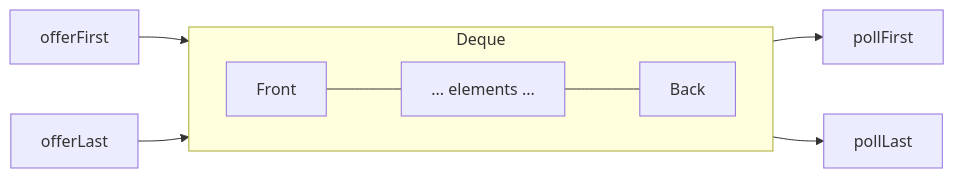
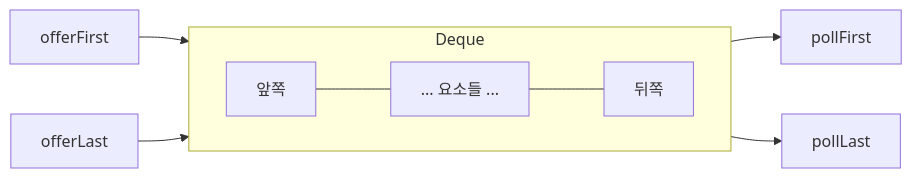
The first of 3 diagrams in _posts/algorithm/2026-03-07-deque.md (mandoobox/mandoobox.github.io), drawn with Mermaid before and after one commit. The commit also changed other lines of this file and 24 other files, not shown here.

Commit message:
feat: mermaid kr

````diff
--- a/_posts/algorithm/2026-03-07-deque.md
+++ b/_posts/algorithm/2026-03-07-deque.md
@@ -83,11 +83,11 @@
 ```mermaid
 flowchart LR
     subgraph Deque
         direction LR
-        F["Front"] --- M["... elements ..."] --- B["Back"]
+        F["앞쪽"] --- M["... 요소들 ..."] --- B["뒤쪽"]
     end
     I1["offerFirst"] --> F
     F --> O1["pollFirst"]
     I2["offerLast"] --> B
     B --> O2["pollLast"]
 ```
````
